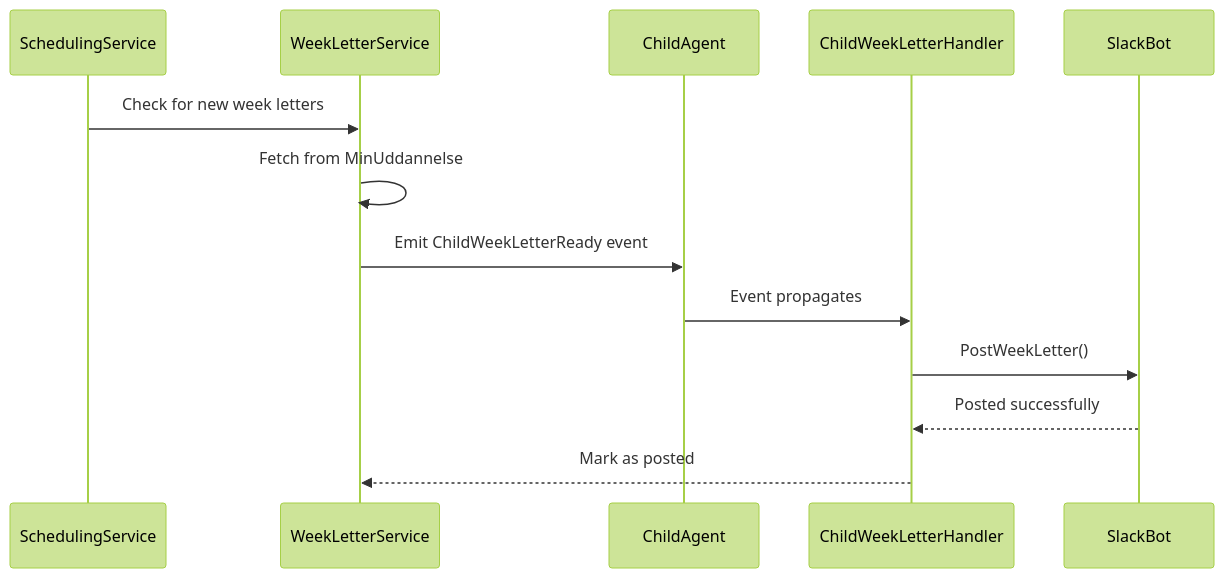
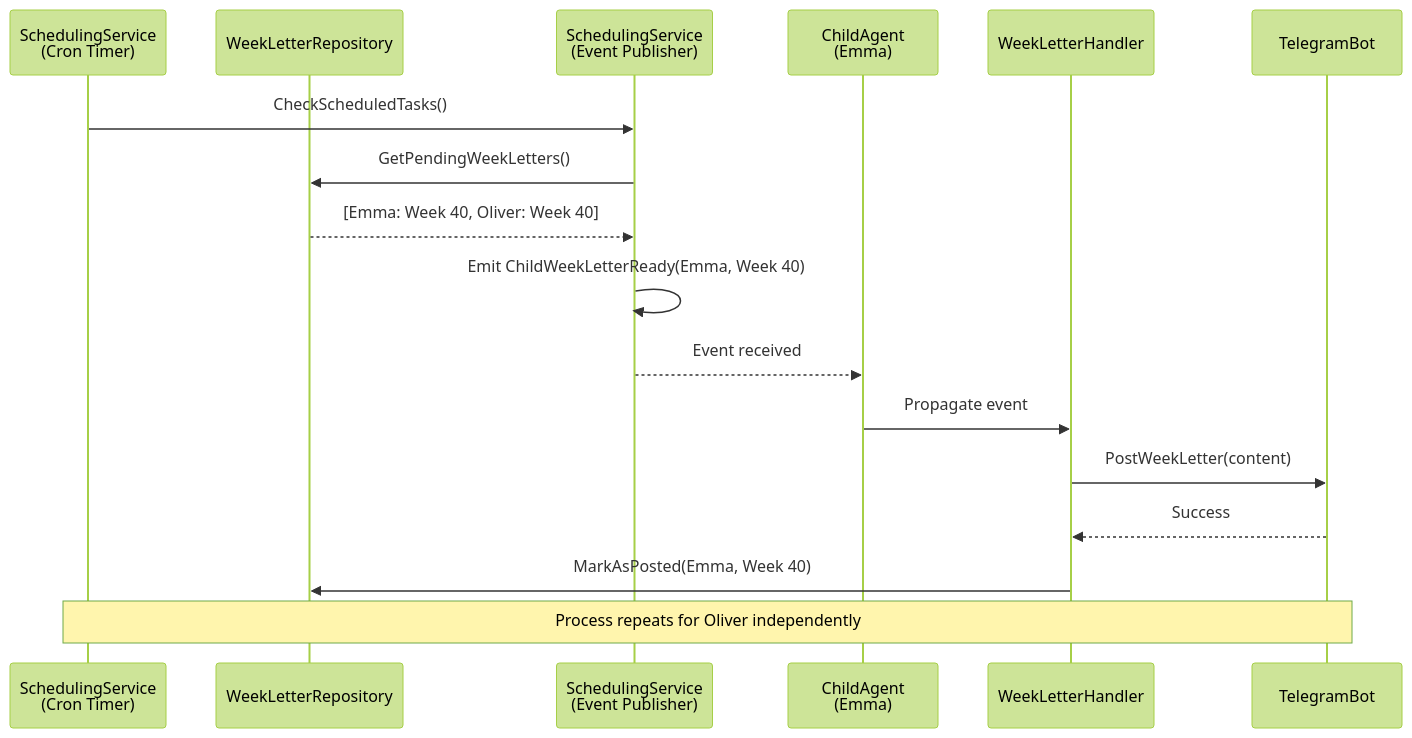
One commit to Hoejsgaard/aula changed the seventh of 10 diagrams in doc/ARCHITECTURE.md. Above: the diagram before and after it, drawn with Mermaid (forest theme). The commit also changed other lines of this file and 5 other files, not shown here.

````diff
--- a/doc/ARCHITECTURE.md
+++ b/doc/ARCHITECTURE.md
@@ -220,16 +436,22 @@
 ```mermaid
 sequenceDiagram
-    participant Sched as SchedulingService
-    participant WLSvc as WeekLetterService
-    participant Agent as ChildAgent
-    participant Handler as ChildWeekLetterHandler
-    participant Slack as SlackBot
+    participant Timer as SchedulingService<br/>(Cron Timer)
+    participant Repo as WeekLetterRepository
+    participant Sched as SchedulingService<br/>(Event Publisher)
+    participant Agent as ChildAgent<br/>(Emma)
+    participant Handler as WeekLetterHandler
+    participant Bot as TelegramBot
 
-    Sched->>WLSvc: Check for new week letters
-    WLSvc->>WLSvc: Fetch from MinUddannelse
-    WLSvc->>Agent: Emit ChildWeekLetterReady event
-    Agent->>Handler: Event propagates
-    Handler->>Slack: PostWeekLetter()
-    Slack-->>Handler: Posted successfully
-    Handler-->>WLSvc: Mark as posted
+    Timer->>Sched: CheckScheduledTasks()
+    Sched->>Repo: GetPendingWeekLetters()
+    Repo-->>Sched: [Emma: Week 40, Oliver: Week 40]
+
+    Sched->>Sched: Emit ChildWeekLetterReady(Emma, Week 40)
+    Sched-->>Agent: Event received
+    Agent->>Handler: Propagate event
+    Handler->>Bot: PostWeekLetter(content)
+    Bot-->>Handler: Success
+    Handler->>Repo: MarkAsPosted(Emma, Week 40)
+
+    Note over Timer,Bot: Process repeats for Oliver independently
 ```
````
